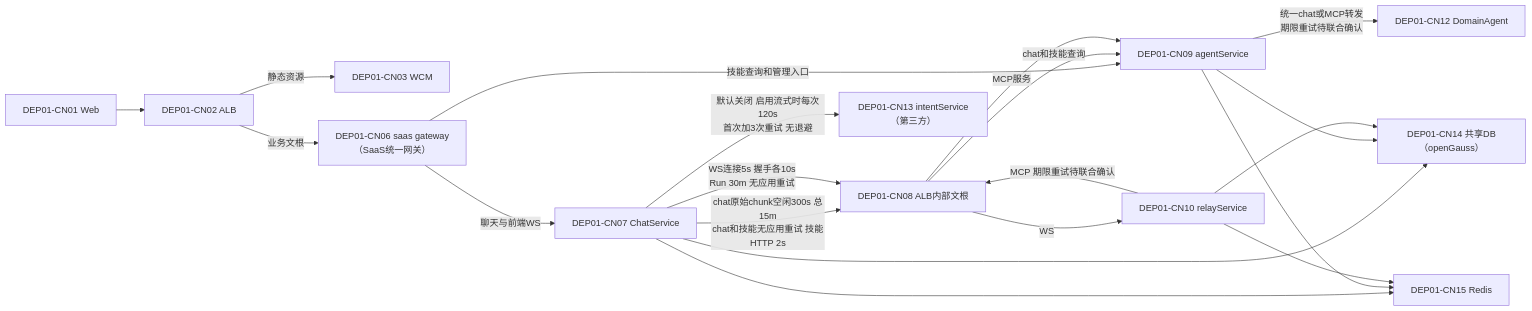
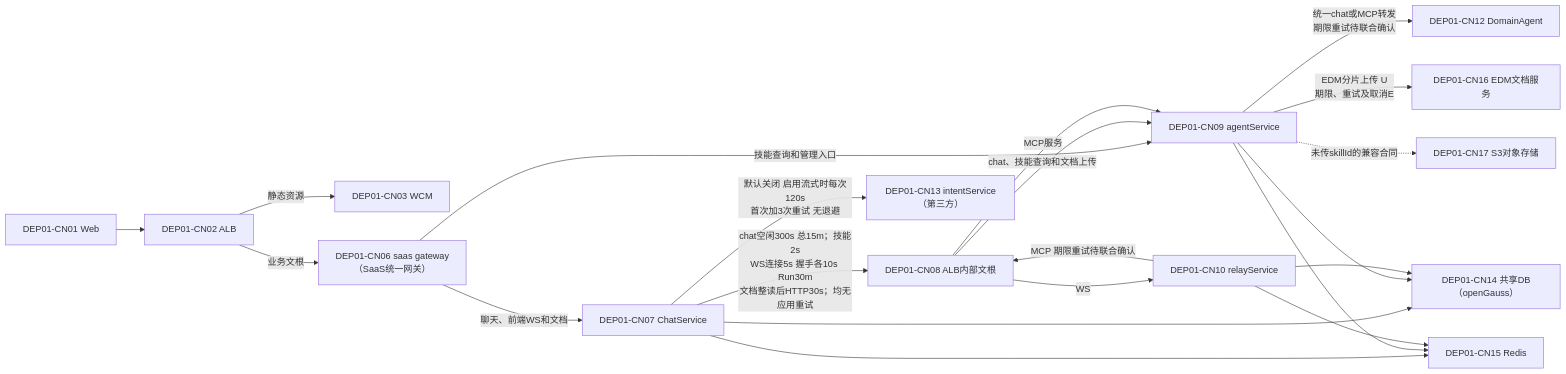
Before and after one commit to kunben-duck/exweb: the first of 7 diagrams in docs/architecture/high-availability/deployment.md, drawn with Mermaid. The commit also changed other lines of this file and 9 other files, not shown here.

Commit message:
docs: clarify agent service EDM uploads and direct upload hardening

````diff
--- a/docs/architecture/high-availability/deployment.md
+++ b/docs/architecture/high-availability/deployment.md
@@ -38,22 +39,23 @@
 ```mermaid
 flowchart LR
     web["DEP01-CN01 Web"] --> edge["DEP01-CN02 ALB"]
     edge -->|静态资源| wcm["DEP01-CN03 WCM"]
     edge -->|业务文根| gateway["DEP01-CN06 saas gateway<br/>（SaaS统一网关）"]
-    gateway -->|聊天与前端WS| chat["DEP01-CN07 ChatService"]
+    gateway -->|聊天、前端WS和文档| chat["DEP01-CN07 ChatService"]
     gateway -->|技能查询和管理入口| agent["DEP01-CN09 agentService"]
-    chat -->|chat原始chunk空闲300s 总15m<br/>chat和技能无应用重试 技能HTTP 2s| internal["DEP01-CN08 ALB内部文根"]
-    chat -->|WS连接5s 握手各10s<br/>Run 30m 无应用重试| internal
-    internal -->|chat和技能查询| agent
+    chat -->|chat空闲300s 总15m；技能2s<br/>WS连接5s 握手各10s Run30m<br/>文档整读后HTTP30s；均无应用重试| internal["DEP01-CN08 ALB内部文根"]
+    internal -->|chat、技能查询和文档上传| agent
     internal -->|WS| relay["DEP01-CN10 relayService"]
     relay -->|MCP 期限重试待联合确认| internal
     internal -->|MCP服务| agent
     agent -->|统一chat或MCP转发<br/>期限重试待联合确认| domain["DEP01-CN12 DomainAgent"]
+    agent -->|EDM分片上传 U<br/>期限、重试及取消E| edm["DEP01-CN16 EDM文档服务"]
+    agent -.->|未传skillId的兼容合同| objects["DEP01-CN17 S3对象存储"]
     chat -->|默认关闭 启用流式时每次120s<br/>首次加3次重试 无退避| intent["DEP01-CN13 intentService（第三方）"]
     chat --> db["DEP01-CN14 共享DB（openGauss）"]
     agent --> db
     relay --> db
     chat --> redis["DEP01-CN15 Redis"]
     agent --> redis
     relay --> redis
 ```
````
